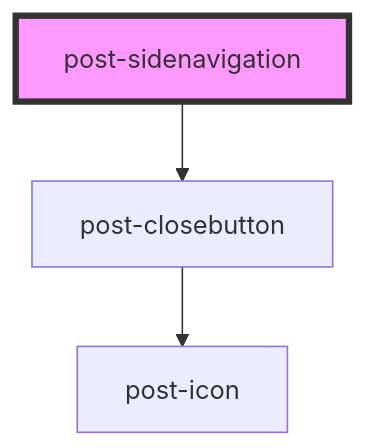
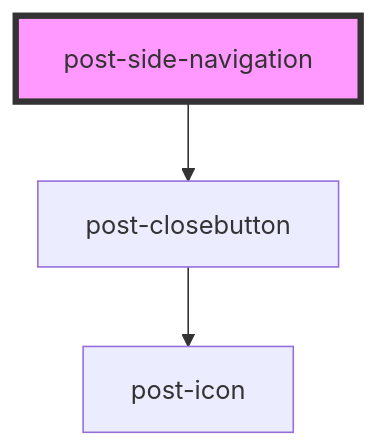
Before and after one commit to swisspost/design-system: the diagram in packages/components/src/components/post-side-navigation/readme.md, drawn with Mermaid. The commit also changed 1 other file, not shown here.

Commit message:
autogenerated files

````diff
--- a/packages/components/src/components/post-side-navigation/readme.md
+++ b/packages/components/src/components/post-side-navigation/readme.md
@@ -70,6 +70,6 @@
 ```mermaid
 graph TD;
-  post-sidenavigation --> post-closebutton
+  post-side-navigation --> post-closebutton
   post-closebutton --> post-icon
-  style post-sidenavigation fill:#f9f,stroke:#333,stroke-width:4px
+  style post-side-navigation fill:#f9f,stroke:#333,stroke-width:4px
 ```
````
